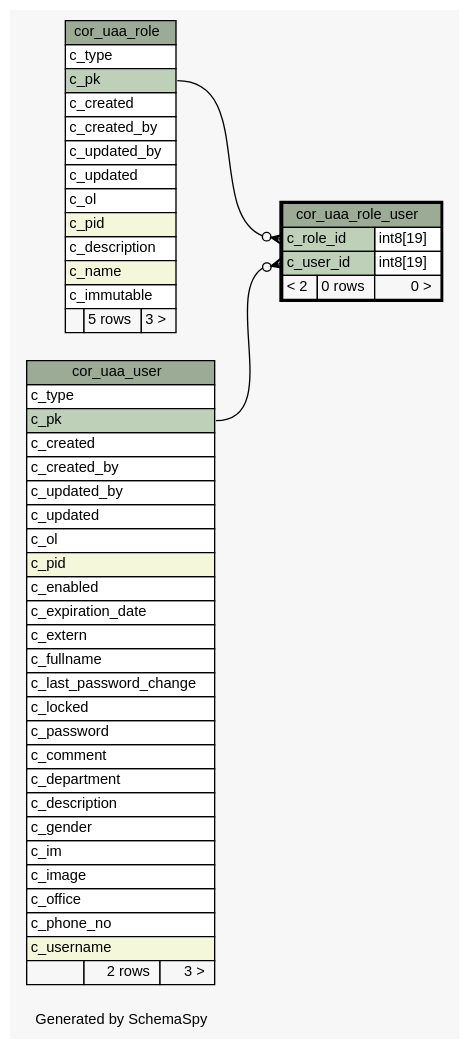
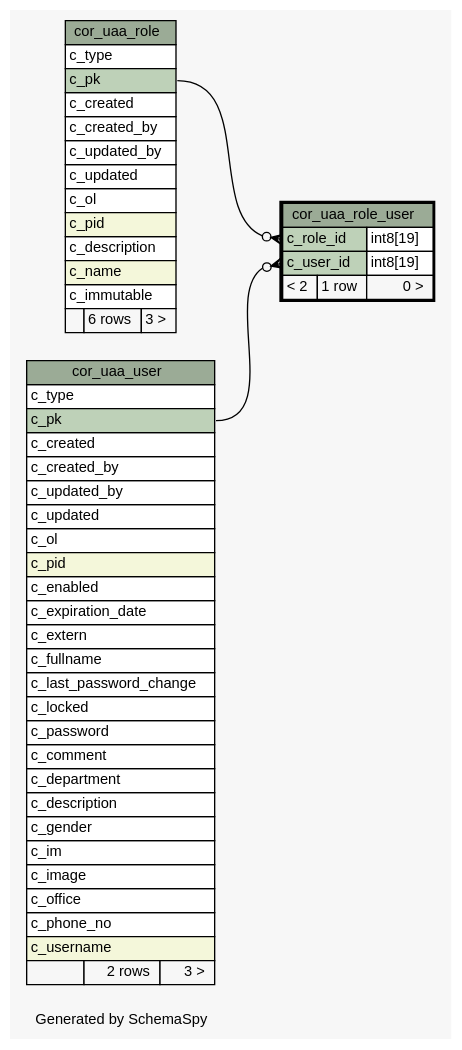
The diagram in 2.0.0-SNAPSHOT/schemaspy/diagrams/cor_uaa_role_user.1degree.dot (openwms/org.openwms.core.uaa.lib), drawn with Graphviz before and after one commit. The commit also changed 226 other files, not shown here.

```diff
--- a/2.0.0-SNAPSHOT/schemaspy/diagrams/cor_uaa_role_user.1degree.dot
+++ b/2.0.0-SNAPSHOT/schemaspy/diagrams/cor_uaa_role_user.1degree.dot
@@ -1,88 +1,88 @@
 // dot 2.43.0 on Linux 6.2.0-1018-azure
 // SchemaSpy rev Unknown
 digraph "oneDegreeRelationshipsDiagram" {
   graph [
     rankdir="RL"
     bgcolor="#f7f7f7"
     label="\nGenerated by SchemaSpy"
     labeljust="l"
     nodesep="0.18"
     ranksep="0.46"
     fontname="Helvetica"
     fontsize="11"
   ];
   node [
     fontname="Helvetica"
     fontsize="11"
     shape="plaintext"
   ];
   edge [
     arrowsize="0.8"
   ];
   "cor_uaa_role_user":"c_role_id":w -> "cor_uaa_role":"c_pk":e [arrowhead=none dir=back arrowtail=crowodot];
   "cor_uaa_role_user":"c_user_id":w -> "cor_uaa_user":"c_pk":e [arrowhead=none dir=back arrowtail=crowodot];
   "cor_uaa_role" [
     label=<
     <TABLE BORDER="0" CELLBORDER="1" CELLSPACING="0" BGCOLOR="#ffffff">
       <TR><TD COLSPAN="3" BGCOLOR="#9bab96" ALIGN="CENTER">cor_uaa_role</TD></TR>
       <TR><TD PORT="c_type" COLSPAN="3" ALIGN="LEFT">c_type</TD></TR>
       <TR><TD PORT="c_pk" COLSPAN="3" BGCOLOR="#bed1b8" ALIGN="LEFT">c_pk</TD></TR>
       <TR><TD PORT="c_created" COLSPAN="3" ALIGN="LEFT">c_created</TD></TR>
       <TR><TD PORT="c_created_by" COLSPAN="3" ALIGN="LEFT">c_created_by</TD></TR>
       <TR><TD PORT="c_updated_by" COLSPAN="3" ALIGN="LEFT">c_updated_by</TD></TR>
       <TR><TD PORT="c_updated" COLSPAN="3" ALIGN="LEFT">c_updated</TD></TR>
       <TR><TD PORT="c_ol" COLSPAN="3" ALIGN="LEFT">c_ol</TD></TR>
       <TR><TD PORT="c_pid" COLSPAN="3" BGCOLOR="#f4f7da" ALIGN="LEFT">c_pid</TD></TR>
       <TR><TD PORT="c_description" COLSPAN="3" ALIGN="LEFT">c_description</TD></TR>
       <TR><TD PORT="c_name" COLSPAN="3" BGCOLOR="#f4f7da" ALIGN="LEFT">c_name</TD></TR>
       <TR><TD PORT="c_immutable" COLSPAN="3" ALIGN="LEFT">c_immutable</TD></TR>
-      <TR><TD ALIGN="LEFT" BGCOLOR="#f7f7f7">  </TD><TD ALIGN="RIGHT" BGCOLOR="#f7f7f7">5 rows</TD><TD ALIGN="RIGHT" BGCOLOR="#f7f7f7">3 &gt;</TD></TR>
+      <TR><TD ALIGN="LEFT" BGCOLOR="#f7f7f7">  </TD><TD ALIGN="RIGHT" BGCOLOR="#f7f7f7">6 rows</TD><TD ALIGN="RIGHT" BGCOLOR="#f7f7f7">3 &gt;</TD></TR>
     </TABLE>>
     URL="cor_uaa_role.html"
     tooltip="cor_uaa_role"
   ];
   "cor_uaa_role_user" [
     label=<
     <TABLE BORDER="2" CELLBORDER="1" CELLSPACING="0" BGCOLOR="#ffffff">
       <TR><TD COLSPAN="3" BGCOLOR="#9bab96" ALIGN="CENTER">cor_uaa_role_user</TD></TR>
       <TR><TD PORT="c_role_id" COLSPAN="2" BGCOLOR="#bed1b8" ALIGN="LEFT">c_role_id</TD><TD PORT="c_role_id.type" ALIGN="LEFT">int8[19]</TD></TR>
       <TR><TD PORT="c_user_id" COLSPAN="2" BGCOLOR="#bed1b8" ALIGN="LEFT">c_user_id</TD><TD PORT="c_user_id.type" ALIGN="LEFT">int8[19]</TD></TR>
-      <TR><TD ALIGN="LEFT" BGCOLOR="#f7f7f7">&lt; 2</TD><TD ALIGN="RIGHT" BGCOLOR="#f7f7f7">0 rows</TD><TD ALIGN="RIGHT" BGCOLOR="#f7f7f7">0 &gt;</TD></TR>
+      <TR><TD ALIGN="LEFT" BGCOLOR="#f7f7f7">&lt; 2</TD><TD ALIGN="RIGHT" BGCOLOR="#f7f7f7">1 row</TD><TD ALIGN="RIGHT" BGCOLOR="#f7f7f7">0 &gt;</TD></TR>
     </TABLE>>
     URL="cor_uaa_role_user.html"
     tooltip="cor_uaa_role_user"
   ];
   "cor_uaa_user" [
     label=<
     <TABLE BORDER="0" CELLBORDER="1" CELLSPACING="0" BGCOLOR="#ffffff">
       <TR><TD COLSPAN="3" BGCOLOR="#9bab96" ALIGN="CENTER">cor_uaa_user</TD></TR>
       <TR><TD PORT="c_type" COLSPAN="3" ALIGN="LEFT">c_type</TD></TR>
       <TR><TD PORT="c_pk" COLSPAN="3" BGCOLOR="#bed1b8" ALIGN="LEFT">c_pk</TD></TR>
       <TR><TD PORT="c_created" COLSPAN="3" ALIGN="LEFT">c_created</TD></TR>
       <TR><TD PORT="c_created_by" COLSPAN="3" ALIGN="LEFT">c_created_by</TD></TR>
       <TR><TD PORT="c_updated_by" COLSPAN="3" ALIGN="LEFT">c_updated_by</TD></TR>
       <TR><TD PORT="c_updated" COLSPAN="3" ALIGN="LEFT">c_updated</TD></TR>
       <TR><TD PORT="c_ol" COLSPAN="3" ALIGN="LEFT">c_ol</TD></TR>
       <TR><TD PORT="c_pid" COLSPAN="3" BGCOLOR="#f4f7da" ALIGN="LEFT">c_pid</TD></TR>
       <TR><TD PORT="c_enabled" COLSPAN="3" ALIGN="LEFT">c_enabled</TD></TR>
       <TR><TD PORT="c_expiration_date" COLSPAN="3" ALIGN="LEFT">c_expiration_date</TD></TR>
       <TR><TD PORT="c_extern" COLSPAN="3" ALIGN="LEFT">c_extern</TD></TR>
       <TR><TD PORT="c_fullname" COLSPAN="3" ALIGN="LEFT">c_fullname</TD></TR>
       <TR><TD PORT="c_last_password_change" COLSPAN="3" ALIGN="LEFT">c_last_password_change</TD></TR>
       <TR><TD PORT="c_locked" COLSPAN="3" ALIGN="LEFT">c_locked</TD></TR>
       <TR><TD PORT="c_password" COLSPAN="3" ALIGN="LEFT">c_password</TD></TR>
       <TR><TD PORT="c_comment" COLSPAN="3" ALIGN="LEFT">c_comment</TD></TR>
       <TR><TD PORT="c_department" COLSPAN="3" ALIGN="LEFT">c_department</TD></TR>
       <TR><TD PORT="c_description" COLSPAN="3" ALIGN="LEFT">c_description</TD></TR>
       <TR><TD PORT="c_gender" COLSPAN="3" ALIGN="LEFT">c_gender</TD></TR>
       <TR><TD PORT="c_im" COLSPAN="3" ALIGN="LEFT">c_im</TD></TR>
       <TR><TD PORT="c_image" COLSPAN="3" ALIGN="LEFT">c_image</TD></TR>
       <TR><TD PORT="c_office" COLSPAN="3" ALIGN="LEFT">c_office</TD></TR>
       <TR><TD PORT="c_phone_no" COLSPAN="3" ALIGN="LEFT">c_phone_no</TD></TR>
       <TR><TD PORT="c_username" COLSPAN="3" BGCOLOR="#f4f7da" ALIGN="LEFT">c_username</TD></TR>
       <TR><TD ALIGN="LEFT" BGCOLOR="#f7f7f7">  </TD><TD ALIGN="RIGHT" BGCOLOR="#f7f7f7">2 rows</TD><TD ALIGN="RIGHT" BGCOLOR="#f7f7f7">3 &gt;</TD></TR>
     </TABLE>>
     URL="cor_uaa_user.html"
     tooltip="cor_uaa_user"
   ];
 }
```
